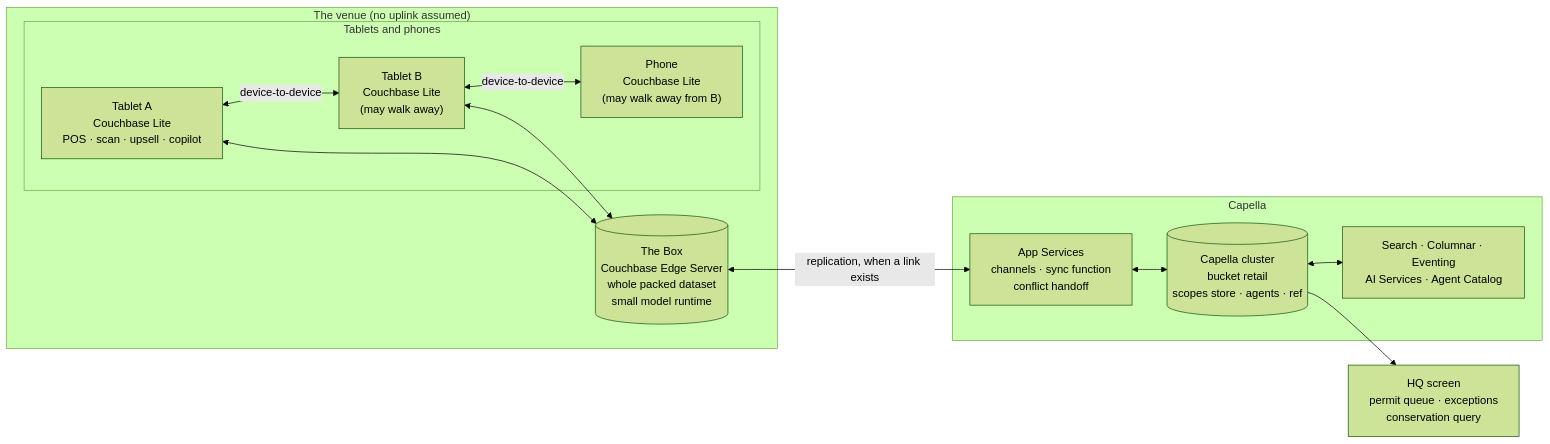
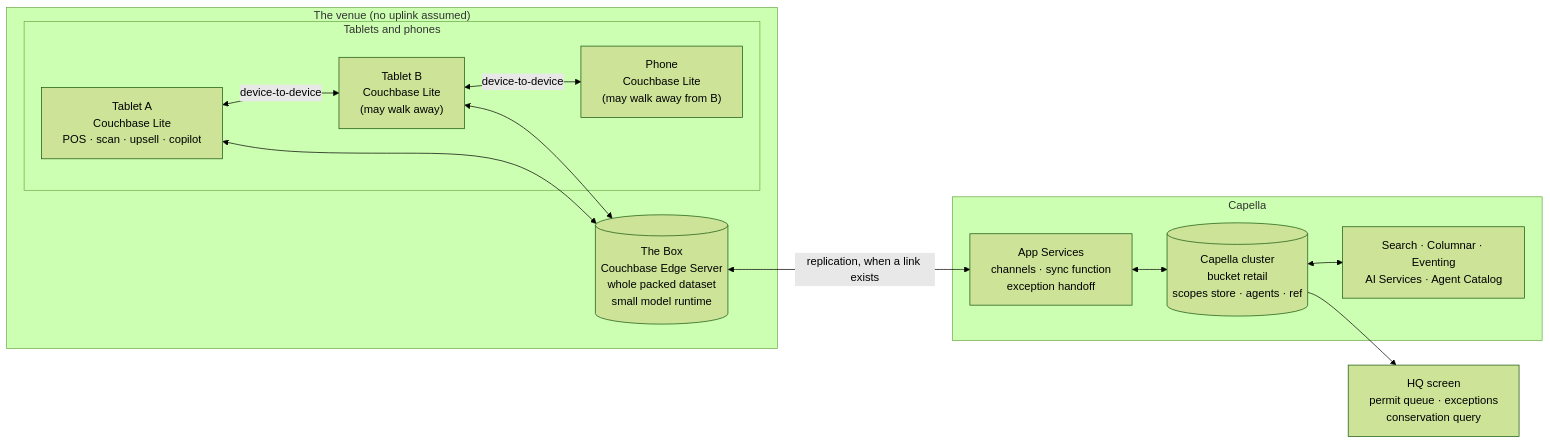
The first of 2 diagrams in docs/architecture/overview.md (omnifroodle/store-in-a-box), drawn with Mermaid (forest theme) before and after one commit. The commit also changed other lines of this file and 7 other files, not shown here.

````diff
--- a/docs/architecture/overview.md
+++ b/docs/architecture/overview.md
@@ -13,24 +13,24 @@
 ```mermaid
 flowchart LR
   subgraph Venue["The venue (no uplink assumed)"]
     subgraph Devices["Tablets and phones"]
       T1["Tablet A<br/>Couchbase Lite<br/>POS · scan · upsell · copilot"]
       T2["Tablet B<br/>Couchbase Lite<br/>(may walk away)"]
       P1["Phone<br/>Couchbase Lite<br/>(may walk away from B)"]
     end
     BOX[("The Box<br/>Couchbase Edge Server<br/>whole packed dataset<br/>small model runtime")]
     T1 <-->|"device-to-device"| T2
     T2 <-->|"device-to-device"| P1
     T1 <--> BOX
     T2 <--> BOX
   end
   subgraph Cloud["Capella"]
-    AS["App Services<br/>channels · sync function<br/>conflict handoff"]
+    AS["App Services<br/>channels · sync function<br/>exception handoff"]
     CB[("Capella cluster<br/>bucket retail<br/>scopes store · agents · ref")]
     SVC["Search · Columnar · Eventing<br/>AI Services · Agent Catalog"]
     AS <--> CB
     CB <--> SVC
   end
   BOX <-->|"replication, when a link exists"| AS
   CB --> HQ["HQ screen<br/>permit queue · exceptions<br/>conservation query"]
 ```
````
